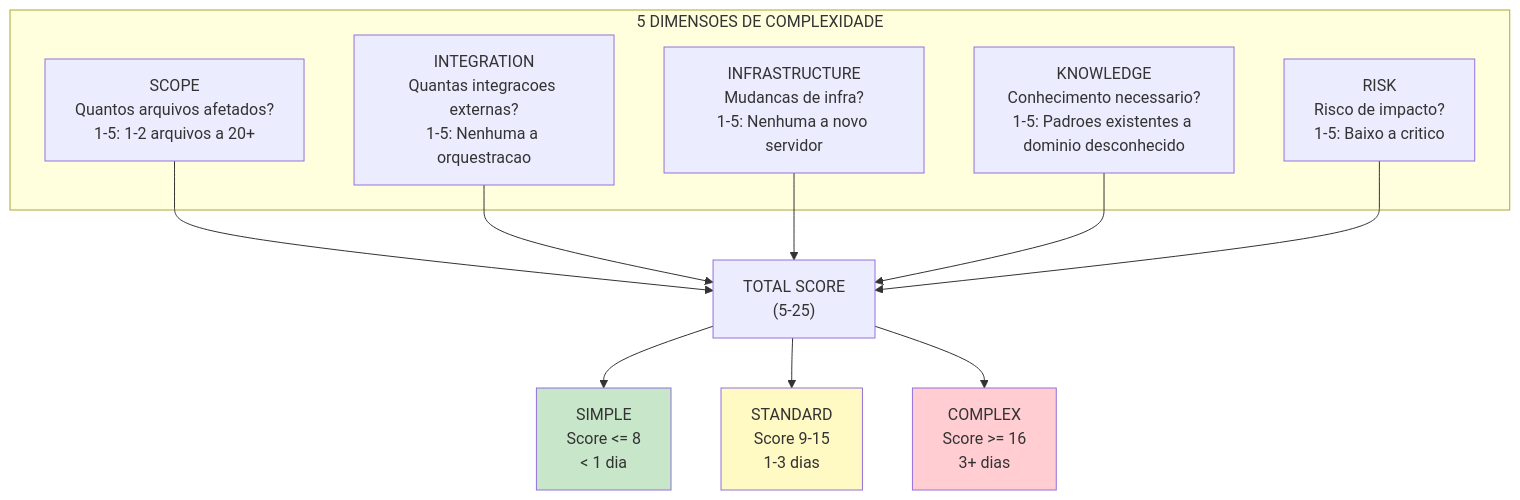
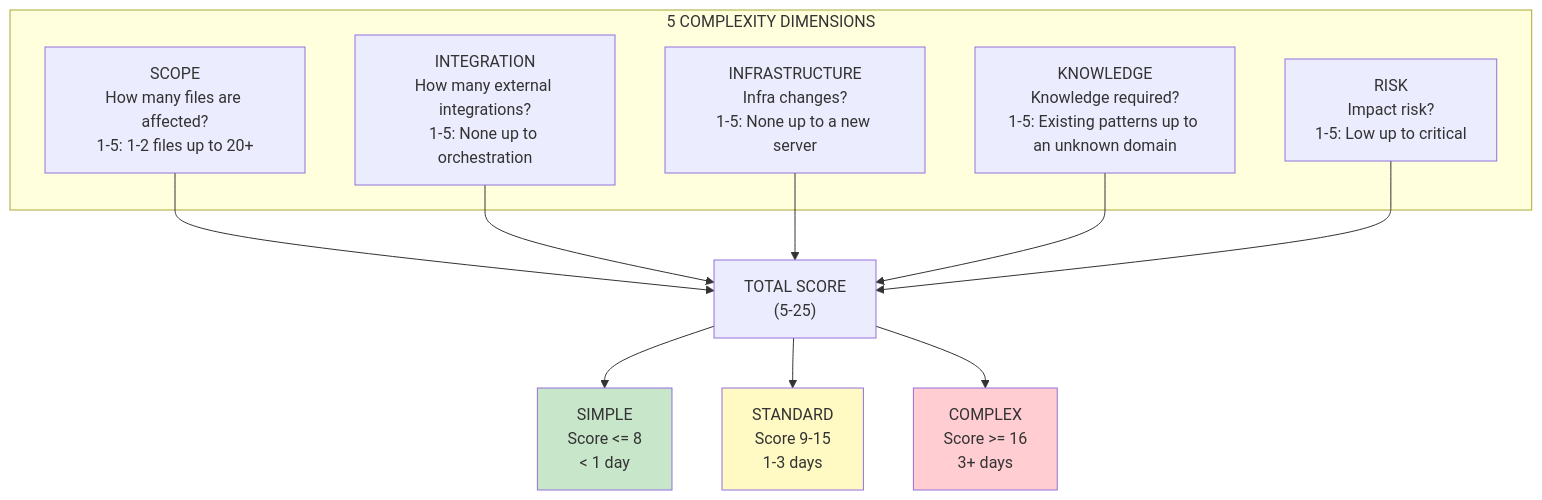
The eighth of 8 diagrams in docs/aexos-agent-flows/architect-system.md (CyryxLabs/AEXOS), drawn with Mermaid before and after one commit. The commit also changed other lines of this file and 528 other files, not shown here.

````diff
--- a/docs/aexos-agent-flows/architect-system.md
+++ b/docs/aexos-agent-flows/architect-system.md
@@ -477,26 +477,26 @@
 ```mermaid
 graph TD
-    subgraph DIMENSIONS["5 DIMENSOES DE COMPLEXIDADE"]
-        SCOPE["SCOPE\nQuantos arquivos afetados?\n1-5: 1-2 arquivos a 20+"]
-        INTEG["INTEGRATION\nQuantas integracoes externas?\n1-5: Nenhuma a orquestracao"]
-        INFRA["INFRASTRUCTURE\nMudancas de infra?\n1-5: Nenhuma a novo servidor"]
-        KNOW["KNOWLEDGE\nConhecimento necessario?\n1-5: Padroes existentes a dominio desconhecido"]
-        RISK["RISK\nRisco de impacto?\n1-5: Baixo a critico"]
+    subgraph DIMENSIONS["5 COMPLEXITY DIMENSIONS"]
+        SCOPE["SCOPE\nHow many files are affected?\n1-5: 1-2 files up to 20+"]
+        INTEG["INTEGRATION\nHow many external integrations?\n1-5: None up to orchestration"]
+        INFRA["INFRASTRUCTURE\nInfra changes?\n1-5: None up to a new server"]
+        KNOW["KNOWLEDGE\nKnowledge required?\n1-5: Existing patterns up to an unknown domain"]
+        RISK["RISK\nImpact risk?\n1-5: Low up to critical"]
     end
 
     SCOPE --> TOTAL
     INTEG --> TOTAL
     INFRA --> TOTAL
     KNOW --> TOTAL
     RISK --> TOTAL
 
     TOTAL["TOTAL SCORE\n(5-25)"]
 
-    TOTAL --> SIMPLE["SIMPLE\nScore <= 8\n< 1 dia"]
-    TOTAL --> STANDARD["STANDARD\nScore 9-15\n1-3 dias"]
-    TOTAL --> COMPLEX["COMPLEX\nScore >= 16\n3+ dias"]
+    TOTAL --> SIMPLE["SIMPLE\nScore <= 8\n< 1 day"]
+    TOTAL --> STANDARD["STANDARD\nScore 9-15\n1-3 days"]
+    TOTAL --> COMPLEX["COMPLEX\nScore >= 16\n3+ days"]
 
     style SIMPLE fill:#c8e6c9
     style STANDARD fill:#fff9c4
     style COMPLEX fill:#ffcdd2
 ```
````
